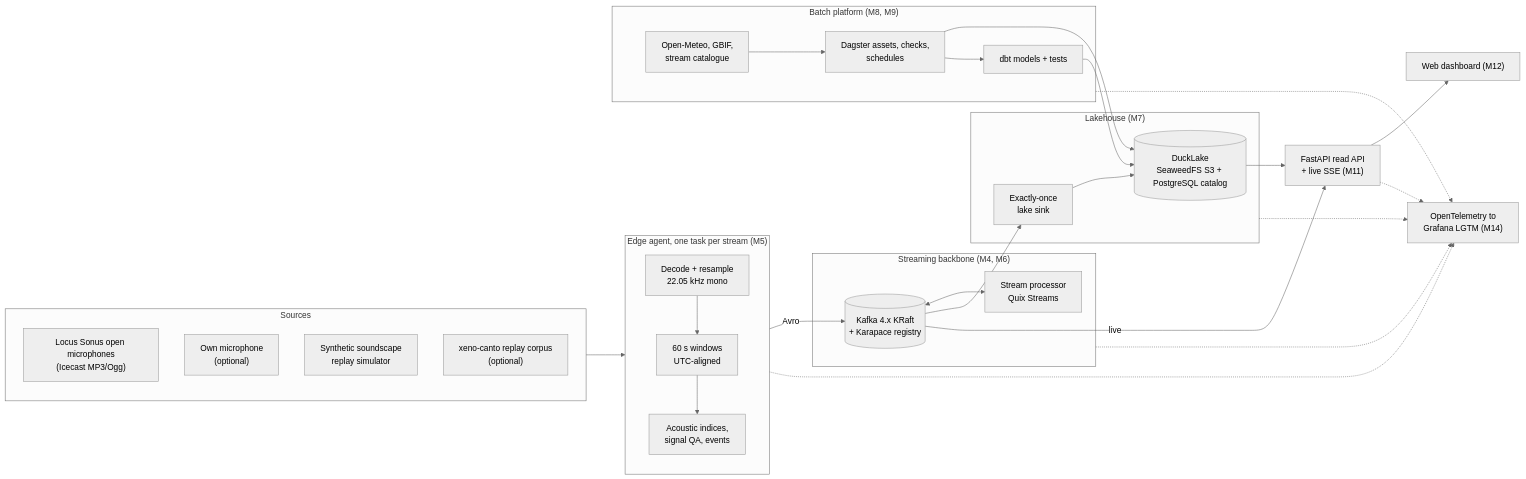
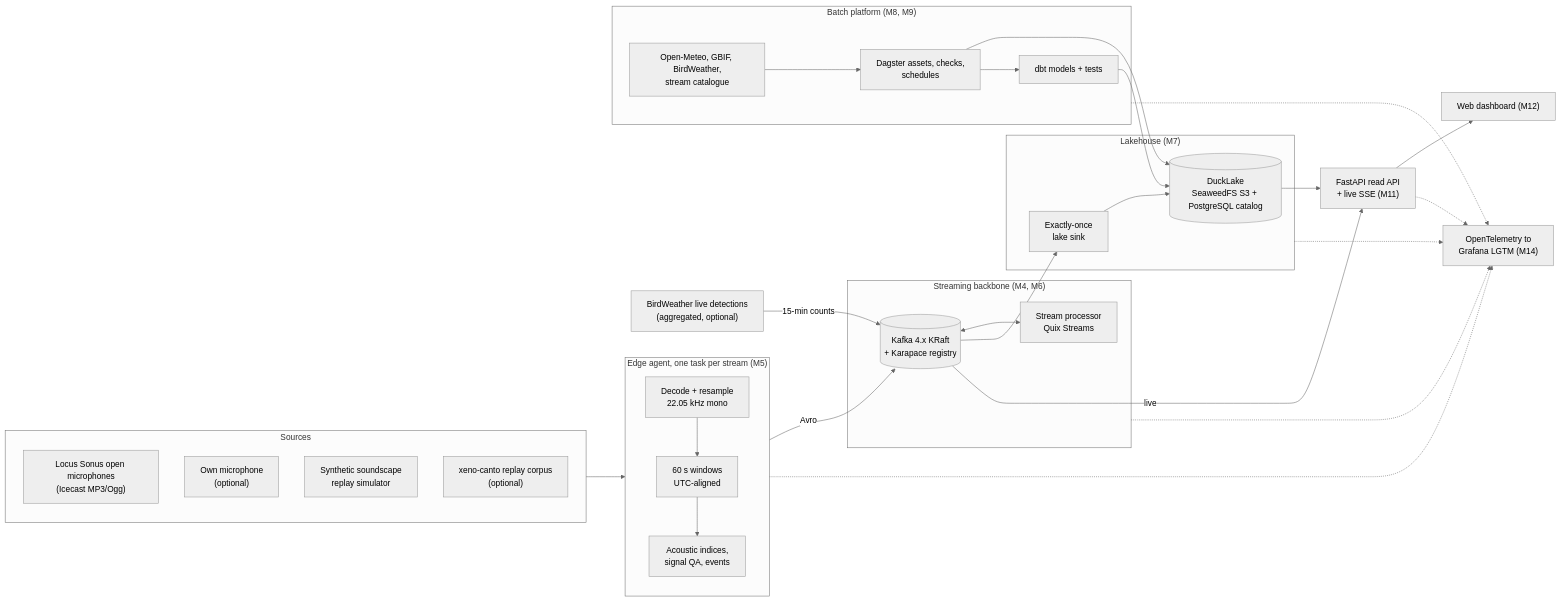
Before and after one commit to soheil-mp/aviscape: the diagram in docs/architecture.md, drawn with Mermaid (neutral theme). The commit also changed other lines of this file and 5 other files, not shown here.

First line of the commit message:
docs: add BirdWeather as labelled third-party context

````diff
--- a/docs/architecture.md
+++ b/docs/architecture.md
@@ -9,49 +9,52 @@
 ```mermaid
 flowchart LR
     subgraph sources["Sources"]
         LS["Locus Sonus open microphones<br/>(Icecast MP3/Ogg)"]
         MIC["Own microphone<br/>(optional)"]
         SIM["Synthetic soundscape<br/>replay simulator"]
         XC["xeno-canto replay corpus<br/>(optional)"]
     end
 
     subgraph edge["Edge agent, one task per stream (M5)"]
         direction TB
         DEC["Decode + resample<br/>22.05 kHz mono"] --> WIN["60 s windows<br/>UTC-aligned"] --> DSP["Acoustic indices,<br/>signal QA, events"]
     end
 
     subgraph stream["Streaming backbone (M4, M6)"]
         K[("Kafka 4.x KRaft<br/>+ Karapace registry")]
         SP["Stream processor<br/>Quix Streams"]
     end
 
     subgraph lake["Lakehouse (M7)"]
         SINK["Exactly-once<br/>lake sink"]
         DL[("DuckLake<br/>SeaweedFS S3 + PostgreSQL catalog")]
     end
 
     subgraph batch["Batch platform (M8, M9)"]
         DAG["Dagster assets, checks,<br/>schedules"]
         DBT["dbt models + tests"]
-        EXT["Open-Meteo, GBIF,<br/>stream catalogue"]
+        EXT["Open-Meteo, GBIF, BirdWeather,<br/>stream catalogue"]
     end
+
+    BW["BirdWeather live detections<br/>(aggregated, optional)"]
 
     API["FastAPI read API<br/>+ live SSE (M11)"]
     UI["Web dashboard (M12)"]
     OBS["OpenTelemetry to<br/>Grafana LGTM (M14)"]
 
     sources --> DEC
     DSP -- "Avro" --> K
+    BW -- "15-min counts" --> K
     K <--> SP
     K --> SINK --> DL
     EXT --> DAG --> DL
     DAG --> DBT --> DL
     DL --> API
     K -- "live" --> API
     API --> UI
     edge -.-> OBS
     stream -.-> OBS
     lake -.-> OBS
     batch -.-> OBS
     API -.-> OBS
 ```
````
